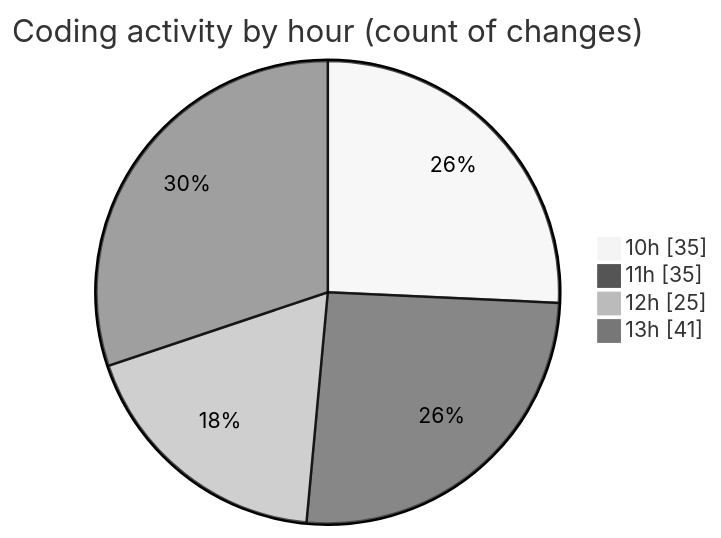
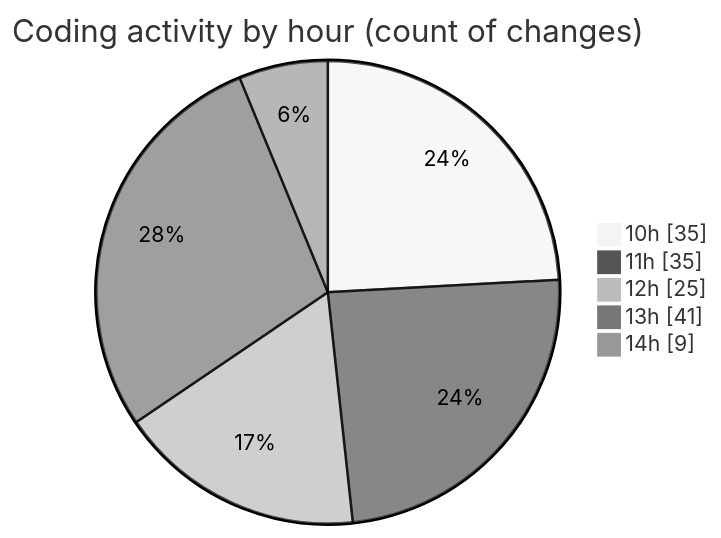
The second of 2 diagrams in 2025-03-26/cda/README.md (momahboobian/code-tracking), drawn with Mermaid (neutral theme) before and after one commit. The commit also changed other lines of this file and 1 other file, not shown here.

````diff
--- a/2025-03-26/cda/README.md
+++ b/2025-03-26/cda/README.md
@@ -53,8 +53,9 @@
 ```mermaid
 pie showData
 title Coding activity by hour (count of changes)
 "10h" : 35
 "11h" : 35
 "12h" : 25
 "13h" : 41
+"14h" : 9
 ```
````
